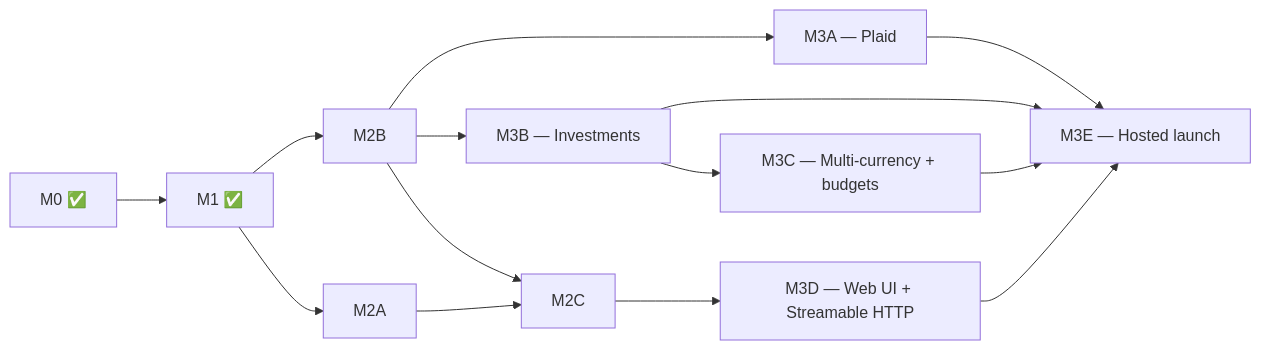
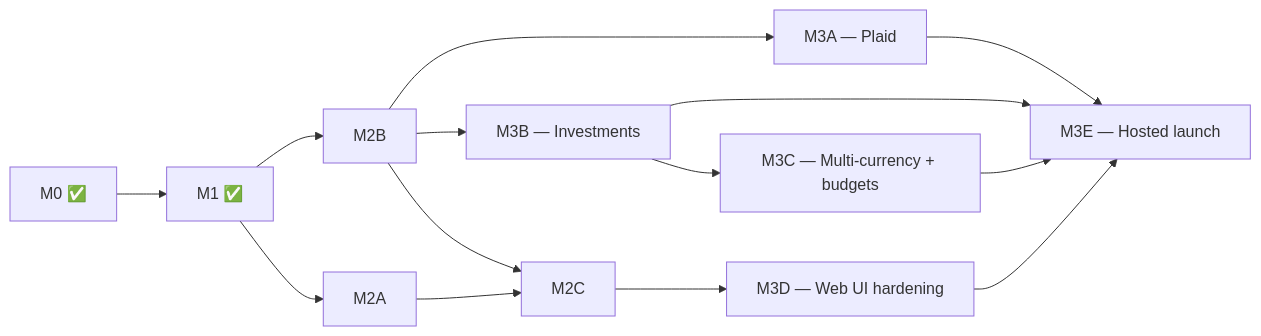
The diagram in docs/roadmap.md (bsaffel/moneybin), drawn with Mermaid before and after one commit. The commit also changed other lines of this file and 1 other file, not shown here.

Commit message:
Address PR review comments
- docs/roadmap.md: M3D label drift fixed - milestone overview table and mermaid node now match the prose detail ("Web UI hardening + Streamable HTTP MCP" / "Web UI hardening").
- docs/specs/INDEX.md: web-ui-prototype.md entry switched from clickable-link/draft to backtick/planned form, matching the convention of other not-yet-written specs (recurring-transactions.md, account-subtype-detail.md). Avoids a dead link.

````diff
--- a/docs/roadmap.md
+++ b/docs/roadmap.md
@@ -126,27 +126,27 @@
 ```mermaid
 flowchart LR
     M0[M0 ✅]
     M1[M1 ✅]
     M2A[M2A]
     M2B[M2B]
     M2C[M2C]
     M3A[M3A — Plaid]
     M3B[M3B — Investments]
     M3C[M3C — Multi-currency + budgets]
-    M3D[M3D — Web UI + Streamable HTTP]
+    M3D[M3D — Web UI hardening]
     M3E[M3E — Hosted launch]
 
     M0 --> M1
     M1 --> M2A
     M1 --> M2B
     M2B --> M2C
     M2A --> M2C
     M2B --> M3A
     M2B --> M3B
     M2C --> M3D
     M3B --> M3C
     M3A --> M3E
     M3B --> M3E
     M3C --> M3E
     M3D --> M3E
 ```
````
